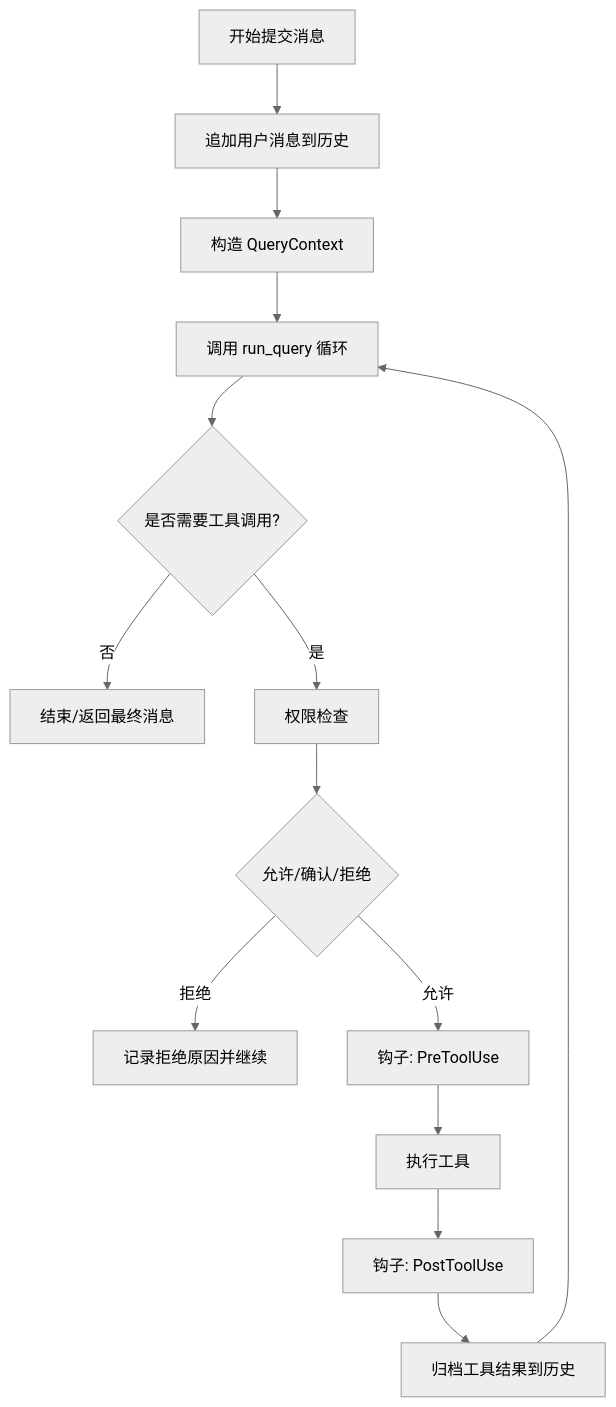
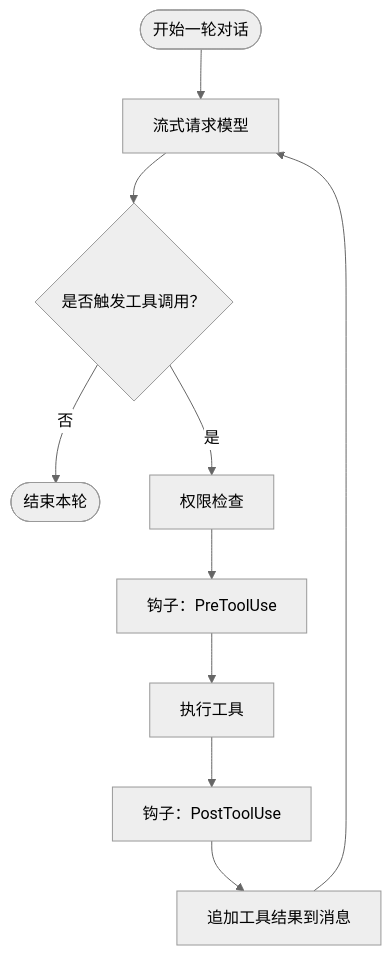
Before and after one commit to haolange/OpenHarness: the fourth of 7 diagrams in .qoder/repowiki/zh/content/开发者指南/开发者指南.md, drawn with Mermaid (neutral theme). The commit also changed other lines of this file and 222 other files, not shown here.

````diff
--- a/.qoder/repowiki/zh/content/开发者指南/开发者指南.md
+++ b/.qoder/repowiki/zh/content/开发者指南/开发者指南.md
@@ -146,16 +157,12 @@
 ```mermaid
 flowchart TD
-S["开始提交消息"] --> A["追加用户消息到历史"]
-A --> B["构造 QueryContext"]
-B --> C["调用 run_query 循环"]
-C --> D{"是否需要工具调用?"}
-D --> |否| E["结束/返回最终消息"]
-D --> |是| F["权限检查"]
-F --> G{"允许/确认/拒绝"}
-G --> |拒绝| H["记录拒绝原因并继续"]
-G --> |允许| I["钩子: PreToolUse"]
-I --> J["执行工具"]
-J --> K["钩子: PostToolUse"]
-K --> L["归档工具结果到历史"]
-L --> C
+Start(["开始一轮对话"]) --> Stream["流式请求模型"]
+Stream --> Decision{"是否触发工具调用？"}
+Decision --> |否| End(["结束本轮"])
+Decision --> |是| CheckPerm["权限检查"]
+CheckPerm --> HookPre["钩子：PreToolUse"]
+HookPre --> Exec["执行工具"]
+Exec --> HookPost["钩子：PostToolUse"]
+HookPost --> Append["追加工具结果到消息"]
+Append --> Stream
 ```
````
